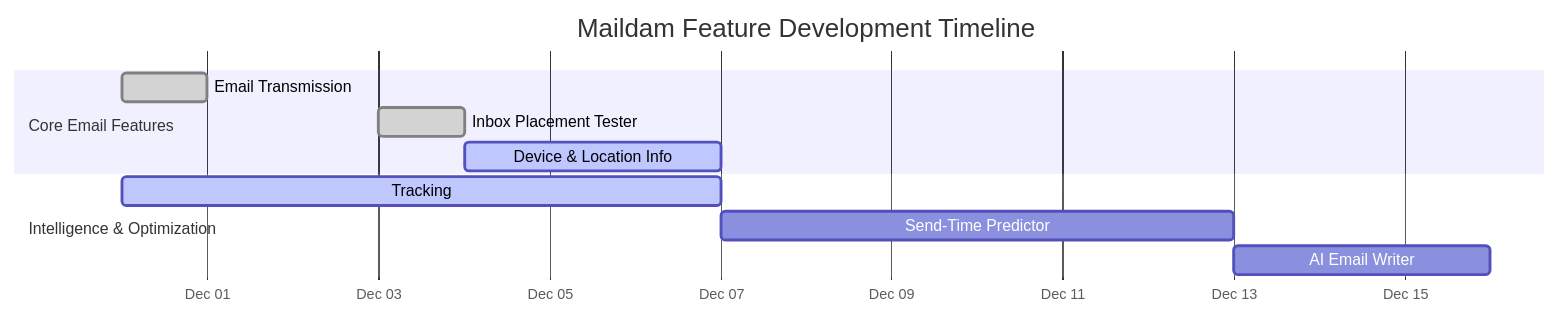
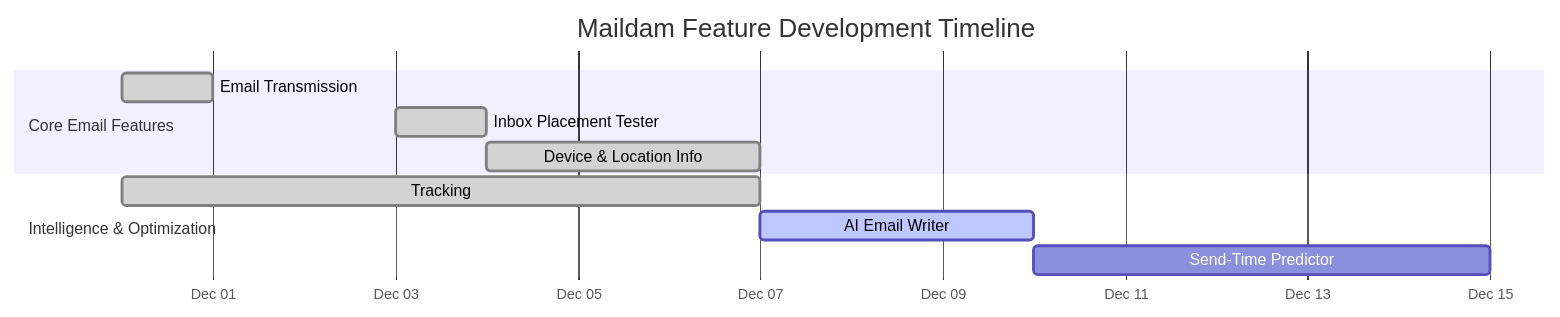
One commit to Gauravjoshi08X/Mail-Dam changed the first of 2 diagrams in docs/mermaid.md. Above: the diagram before and after it, drawn with Mermaid. The commit also changed 4 other files, not shown here.

Commit message:
location tracking added

````diff
--- a/docs/mermaid.md
+++ b/docs/mermaid.md
@@ -4,18 +4,18 @@
 ```mermaid
 
 gantt
     title Maildam Feature Development Timeline
     dateFormat YYYY-MM-DD
     axisFormat  %b %d
     
     section Core Email Features
     Email Transmission           :done, email, 2025-11-30, 1d
     Inbox Placement Tester :done, inbox, 2025-12-03, 1d
-    Device & Location Info :active,device, 2025-12-04, 2025-12-07
+    Device & Location Info :done,device, 2025-12-04, 2025-12-07
     
     section Intelligence & Optimization
-    Tracking             :active, track, 2025-11-30, 2025-12-07
-    Send-Time Predictor  :predict, after device, 2025-12-13
-    AI Email Writer      :ai, after predict, 2025-12-16
+    Tracking             :done, track, 2025-11-30, 2025-12-07
+    AI Email Writer      :active,ai, after track, 2025-12-10
+    Send-Time Predictor  :predict,after ai , 2025-12-15
 
 ```
````
